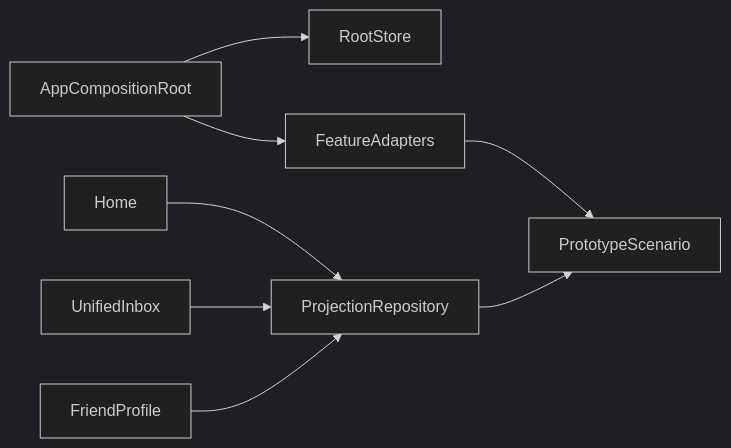
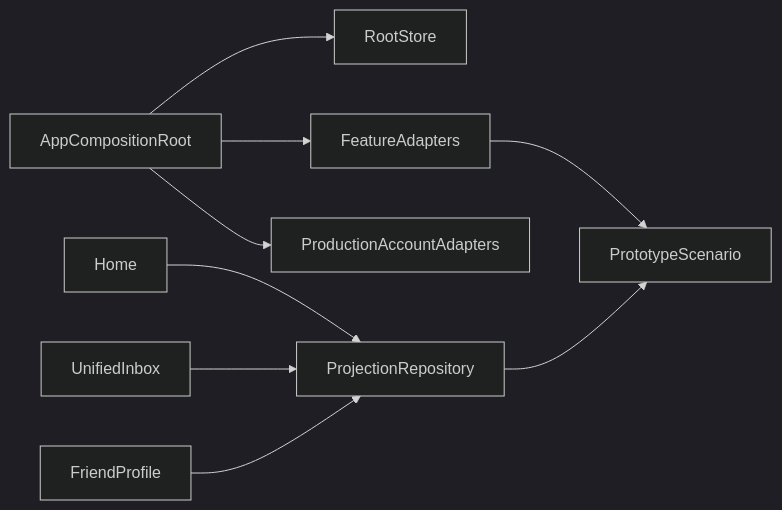
One commit to beyond-labo/free-time-matching changed the diagram in .kiro/specs/ios-app-integration/design.md. Above: the diagram before and after it, drawn with Mermaid (dark theme). The commit also changed other lines of this file and 29 other files, not shown here.

````diff
--- a/.kiro/specs/ios-app-integration/design.md
+++ b/.kiro/specs/ios-app-integration/design.md
@@ -46,10 +46,11 @@
 ```mermaid
 graph LR
     AppCompositionRoot --> RootStore
     AppCompositionRoot --> FeatureAdapters
+    AppCompositionRoot --> ProductionAccountAdapters
     FeatureAdapters --> PrototypeScenario
     ProjectionRepository --> PrototypeScenario
     Home --> ProjectionRepository
     UnifiedInbox --> ProjectionRepository
     FriendProfile --> ProjectionRepository
 ```
````
